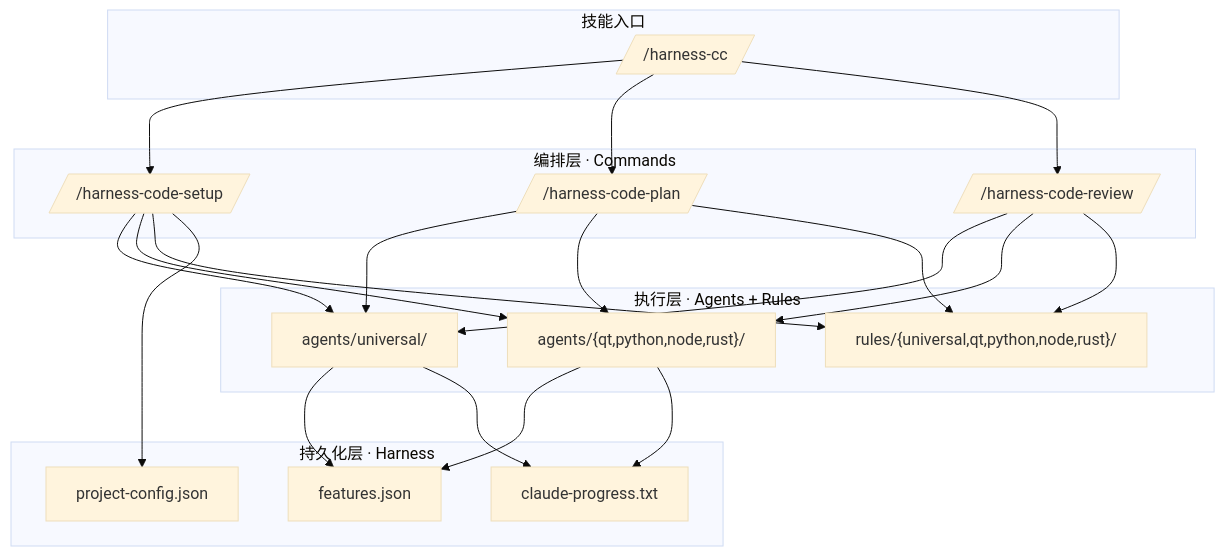
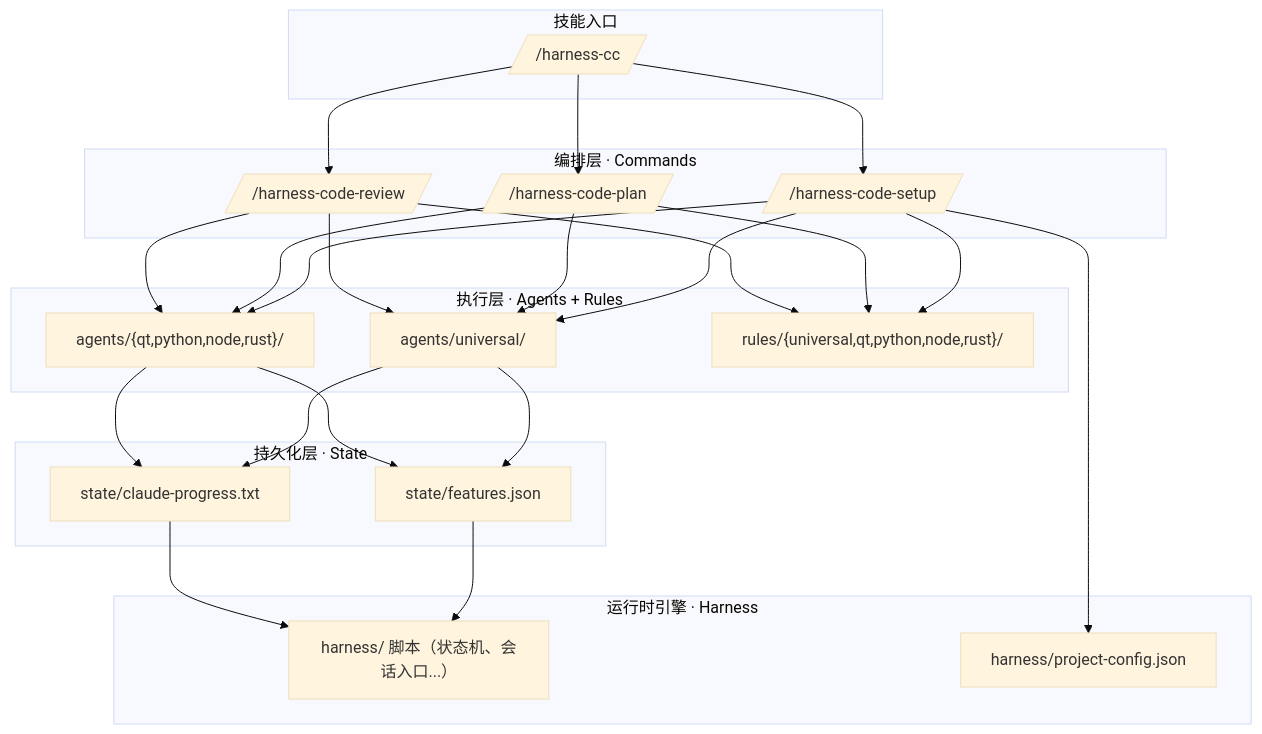
The diagram in README.md (jovetickop/animus), drawn with Mermaid (base theme) before and after one commit. The commit also changed other lines of this file, not shown here.

First line of the commit message:
docs: 更新 README 架构图反映状态分离设计

````diff
--- a/README.md
+++ b/README.md
@@ -22,26 +22,31 @@
 ```mermaid
 flowchart TB
     subgraph 技能入口
         SKILL[/"/harness-cc"/]
     end
     subgraph 编排层[编排层 · Commands]
         C1[/"/harness-code-setup"/]
         C2[/"/harness-code-plan"/]
         C3[/"/harness-code-review"/]
     end
     subgraph 执行层[执行层 · Agents + Rules]
         A1["agents/universal/"]
         A2["agents/{qt,python,node,rust}/"]
         R["rules/{universal,qt,python,node,rust}/"]
     end
-    subgraph 持久化层[持久化层 · Harness]
-        F["features.json"]
-        P["project-config.json"]
-        L["claude-progress.txt"]
+    subgraph 持久化层[持久化层 · State]
+        F["state/features.json"]
+        L["state/claude-progress.txt"]
+    end
+    subgraph 运行时引擎[运行时引擎 · Harness]
+        H["harness/ 脚本（状态机、会话入口...）"]
+        P["harness/project-config.json"]
     end
 
     SKILL --> C1 & C2 & C3
     C1 & C2 & C3 --> A1 & A2 & R
     A1 & A2 --> F & L
     C1 --> P
+    F --> H
+    L --> H
 ```
````
